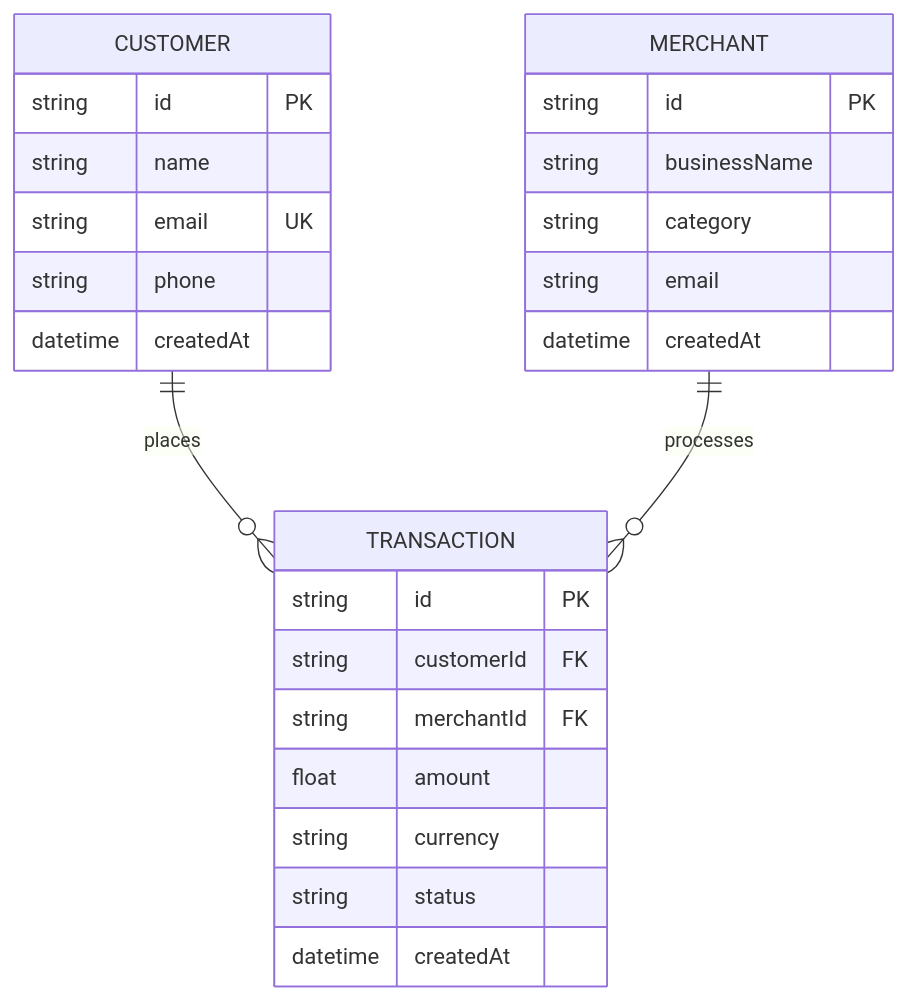
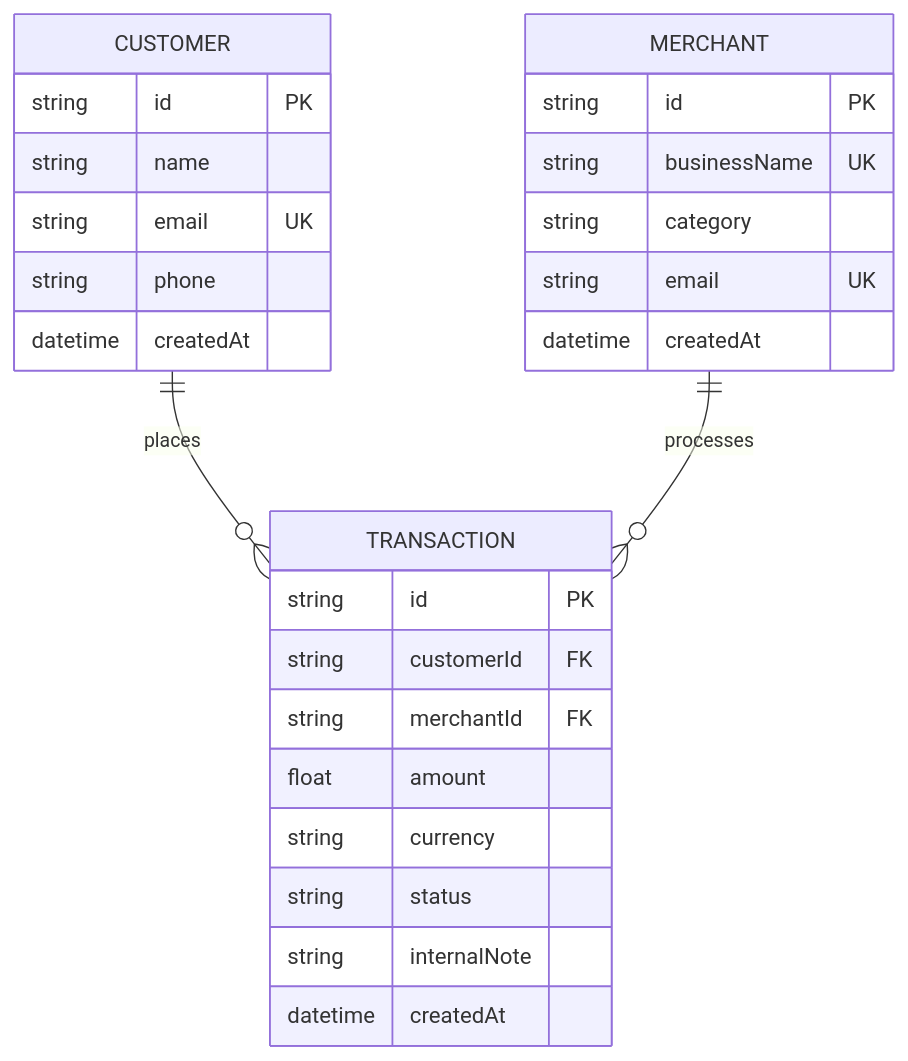
Before and after one commit to GODZ-k/2nd-brain-assignment: the second of 2 diagrams in README.md, drawn with Mermaid. The commit also changed other lines of this file and 18 other files, not shown here.

Commit message:
feat: implement role-based access control and MCP server for the financial knowledge graph

````diff
--- a/README.md
+++ b/README.md
@@ -27,31 +112,32 @@
 ```mermaid
 erDiagram
     CUSTOMER ||--o{ TRANSACTION : places
     MERCHANT ||--o{ TRANSACTION : processes
 
     CUSTOMER {
         string id PK
         string name
         string email UK
         string phone
         datetime createdAt
     }
 
     MERCHANT {
         string id PK
-        string businessName
+        string businessName UK
         string category
-        string email
+        string email UK
         datetime createdAt
     }
 
     TRANSACTION {
         string id PK
         string customerId FK
         string merchantId FK
         float amount
         string currency
         string status
+        string internalNote
         datetime createdAt
     }
 ```
````
